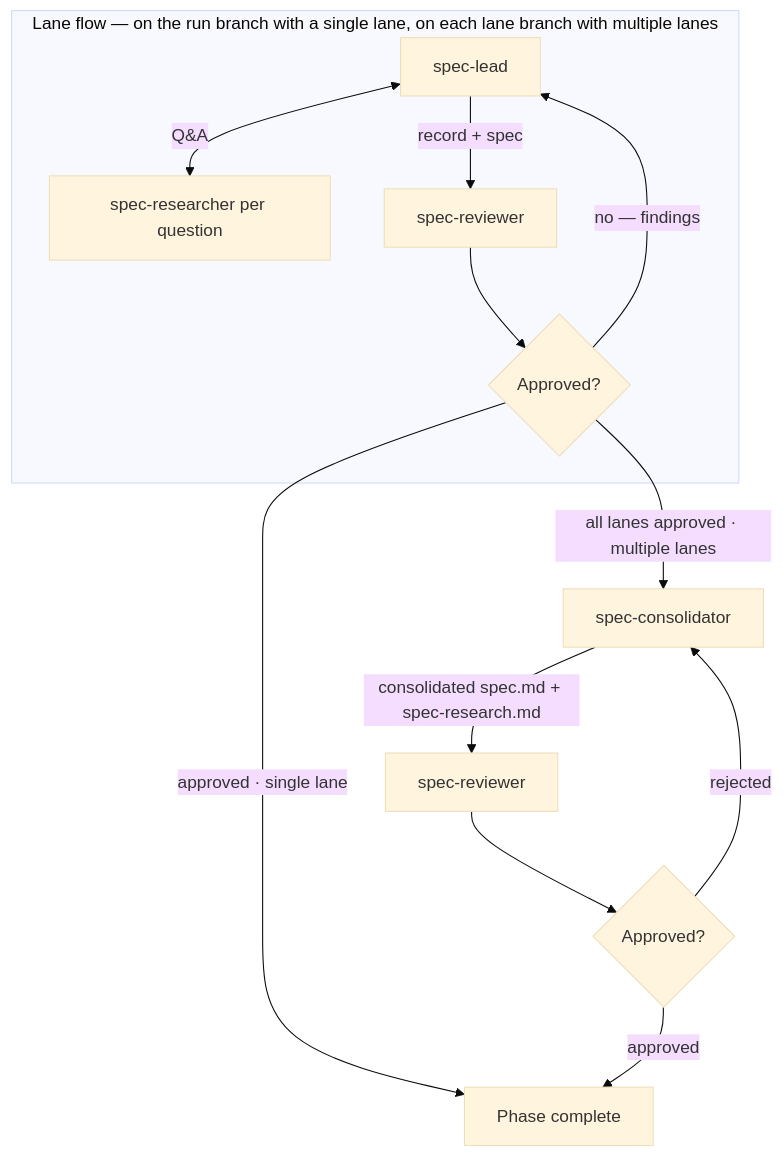
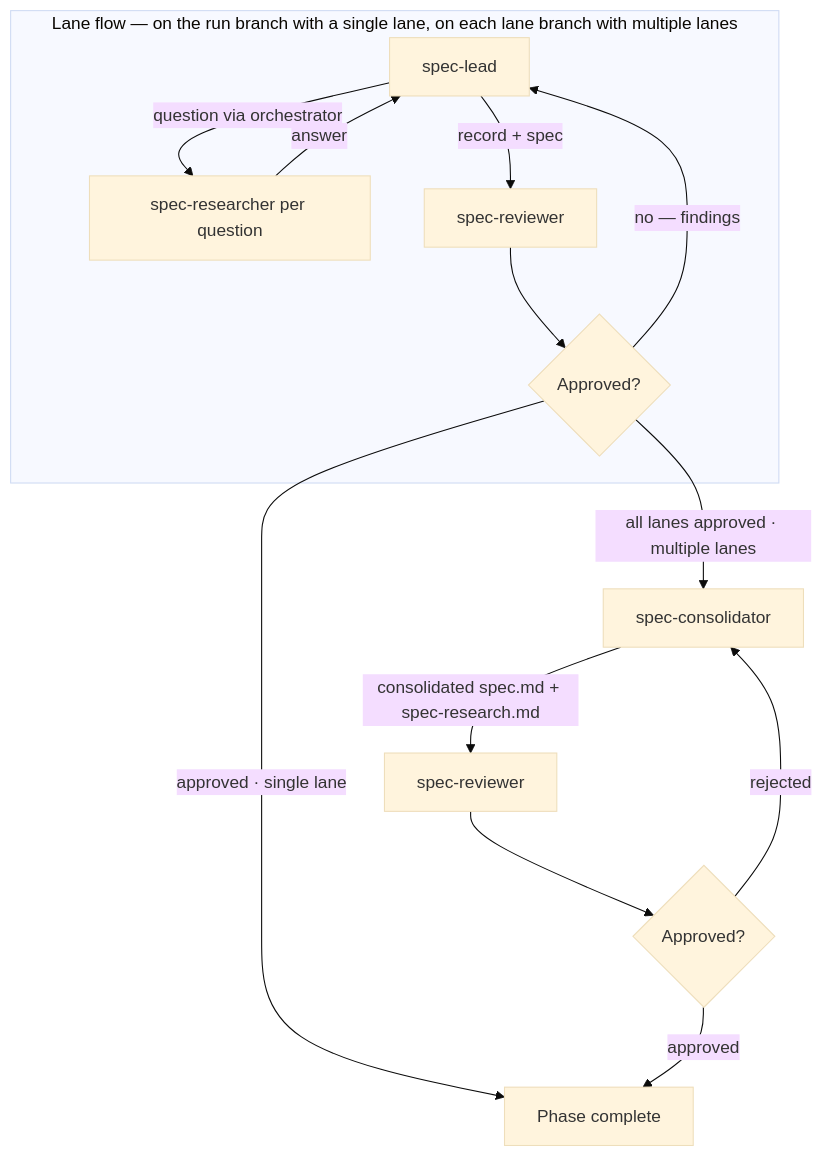
One commit to Automattic/radical-pipelines changed the diagram in skills/radical-pipelines/reference/autonomous-phases/1 - spec.md. Above: the diagram before and after it, drawn with Mermaid (base theme). The commit also changed other lines of this file and 17 other files, not shown here.

Commit message:
Align wording with the fresh-instance flow and trim redundancy

````diff
--- a/skills/radical-pipelines/reference/autonomous-phases/1 - spec.md
+++ b/skills/radical-pipelines/reference/autonomous-phases/1 - spec.md
@@ -55,15 +55,16 @@
 ```mermaid
 flowchart TD
     subgraph lane ["Lane flow — on the run branch with a single lane, on each lane branch with multiple lanes"]
-        B[spec-lead] <-->|Q&A| C[spec-researcher per question]
+        B[spec-lead] -->|question via orchestrator| C[spec-researcher per question]
+        C -->|answer| B
         B -->|record + spec| E[spec-reviewer]
         E --> F{Approved?}
         F -->|no — findings| B
     end
     F -->|approved · single lane| K[Phase complete]
     F -->|all lanes approved · multiple lanes| H[spec-consolidator]
     H -->|consolidated spec.md + spec-research.md| I[spec-reviewer]
     I --> J{Approved?}
     J -->|rejected| H
     J -->|approved| K
 ```
````
